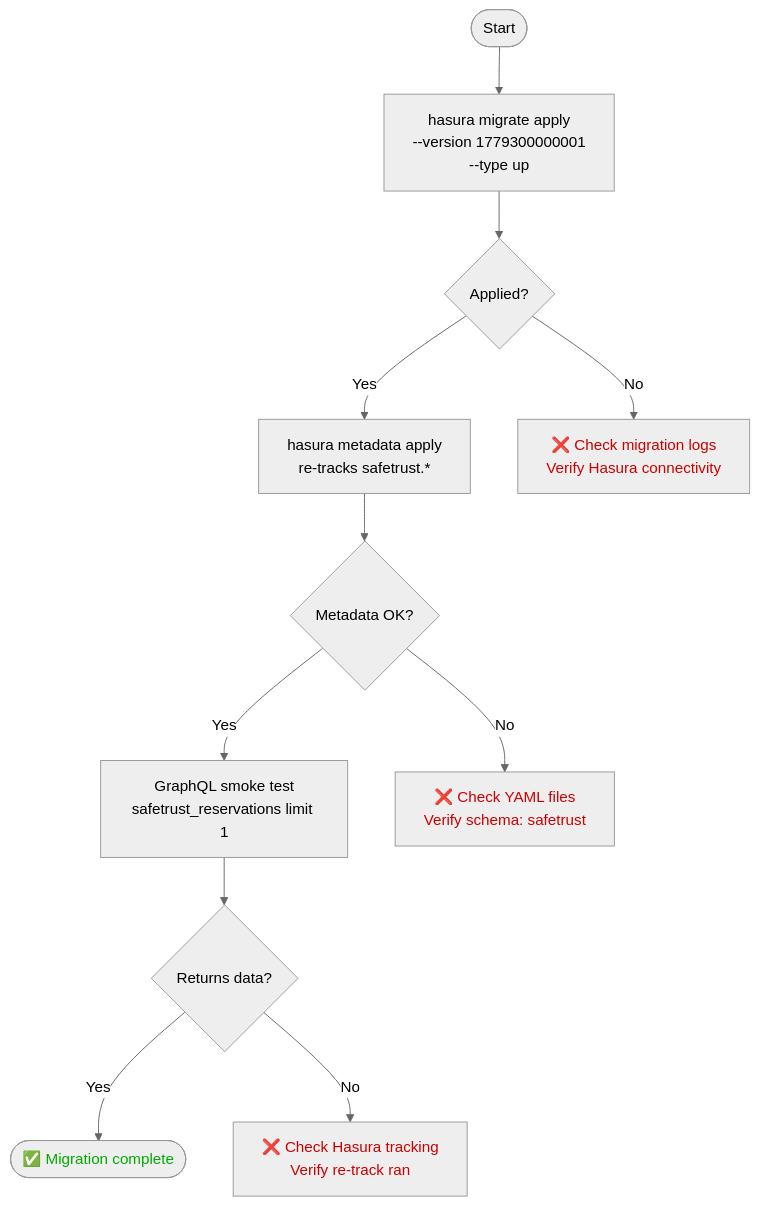
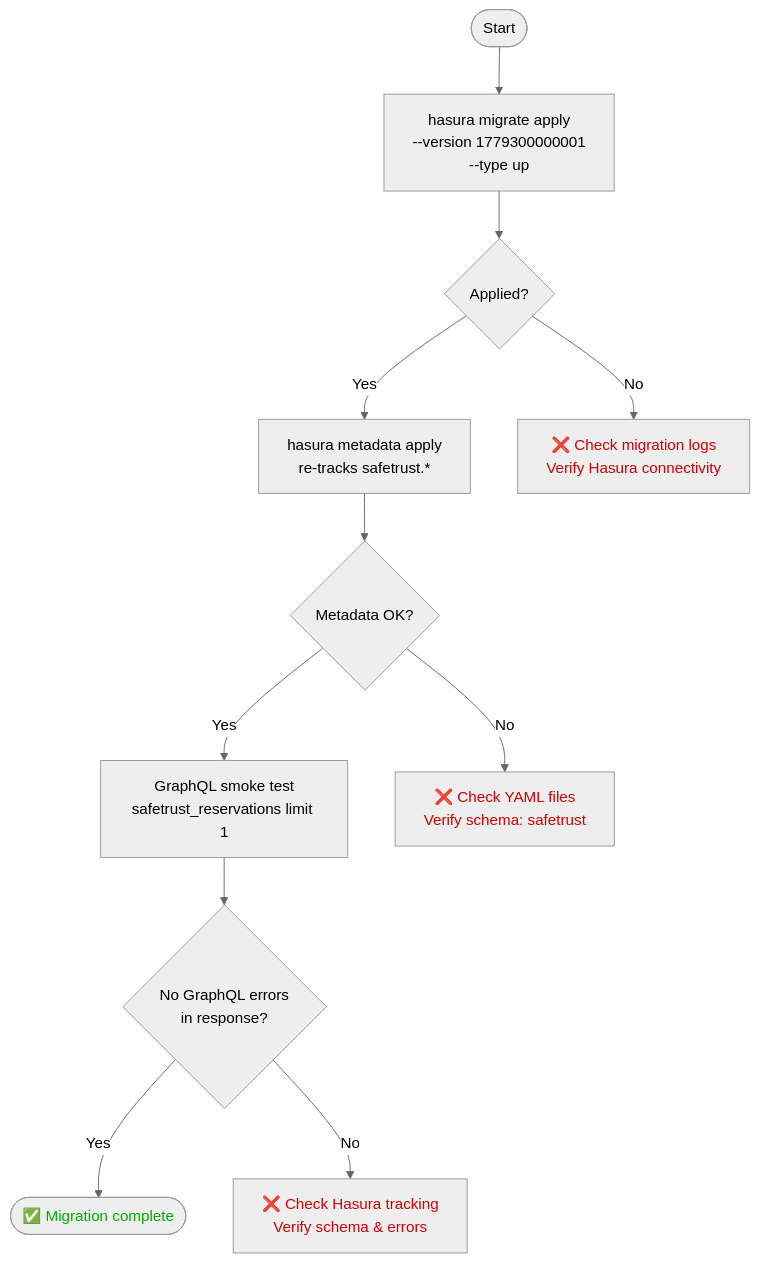
Before and after one commit to safetrustcr/backend-SafeTrust: the fourth of 6 diagrams in docs/migrations/safetrust-schema-migration.md, drawn with Mermaid (neutral theme). The commit also changed other lines of this file, not shown here.

Commit message:
docs(migrations): address CodeRabbit review feedback on schema migration doc

````diff
--- a/docs/migrations/safetrust-schema-migration.md
+++ b/docs/migrations/safetrust-schema-migration.md
@@ -280,18 +299,18 @@
 ```mermaid
 flowchart TD
     A([Start]) --> B[hasura migrate apply<br/>--version 1779300000001<br/>--type up]
     B --> C{Applied?}
     C -- Yes --> D[hasura metadata apply<br/>re-tracks safetrust.*]
     C -- No --> E1[❌ Check migration logs<br/>Verify Hasura connectivity]
     D --> F{Metadata OK?}
     F -- Yes --> G[GraphQL smoke test<br/>safetrust_reservations limit 1]
     F -- No --> E2[❌ Check YAML files<br/>Verify schema: safetrust]
-    G --> H{Returns data?}
+    G --> H{No GraphQL errors<br/>in response?}
     H -- Yes --> OK([✅ Migration complete])
-    H -- No --> E3[❌ Check Hasura tracking<br/>Verify re-track ran]
+    H -- No --> E3[❌ Check Hasura tracking<br/>Verify schema & errors]
 
     style OK color:#00aa00
     style E1 color:#cc0000
     style E2 color:#cc0000
     style E3 color:#cc0000
 ```
````
